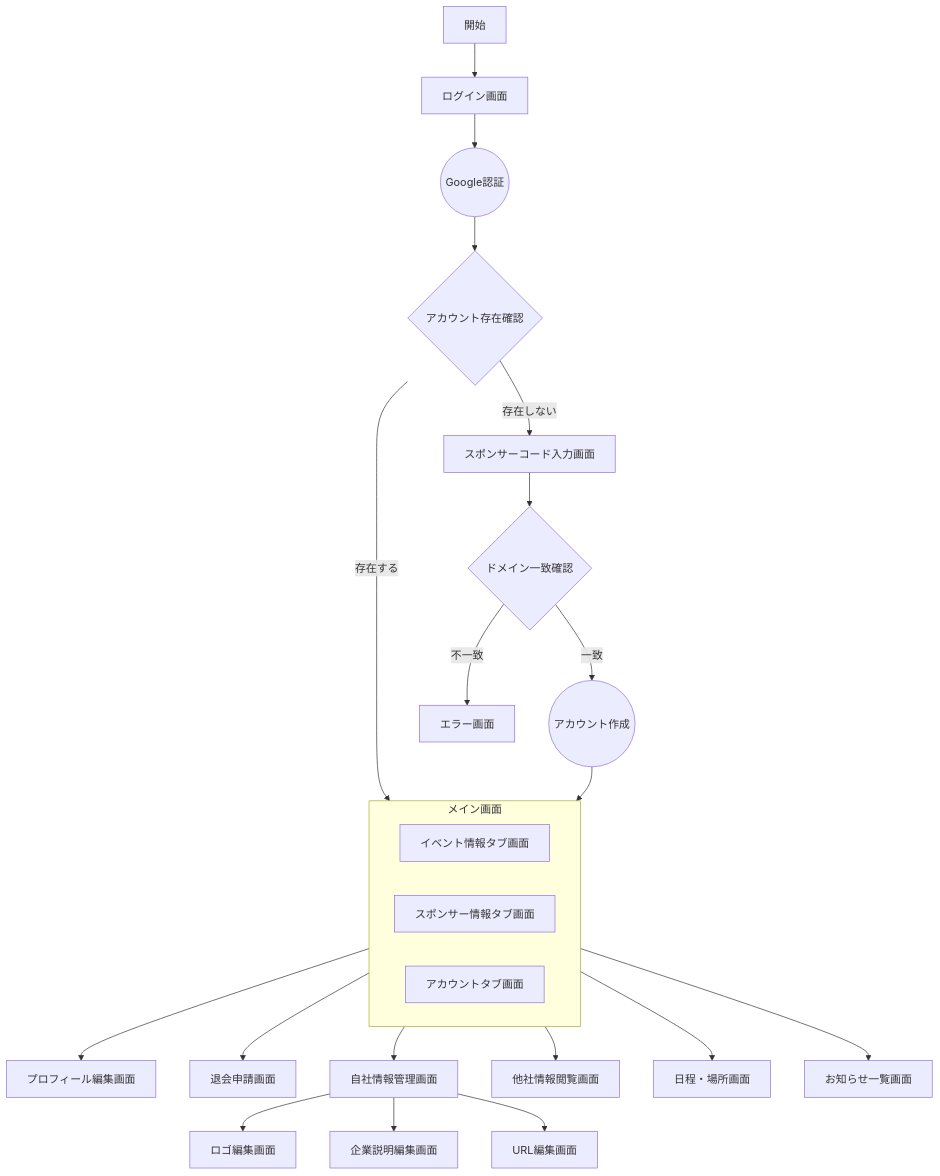
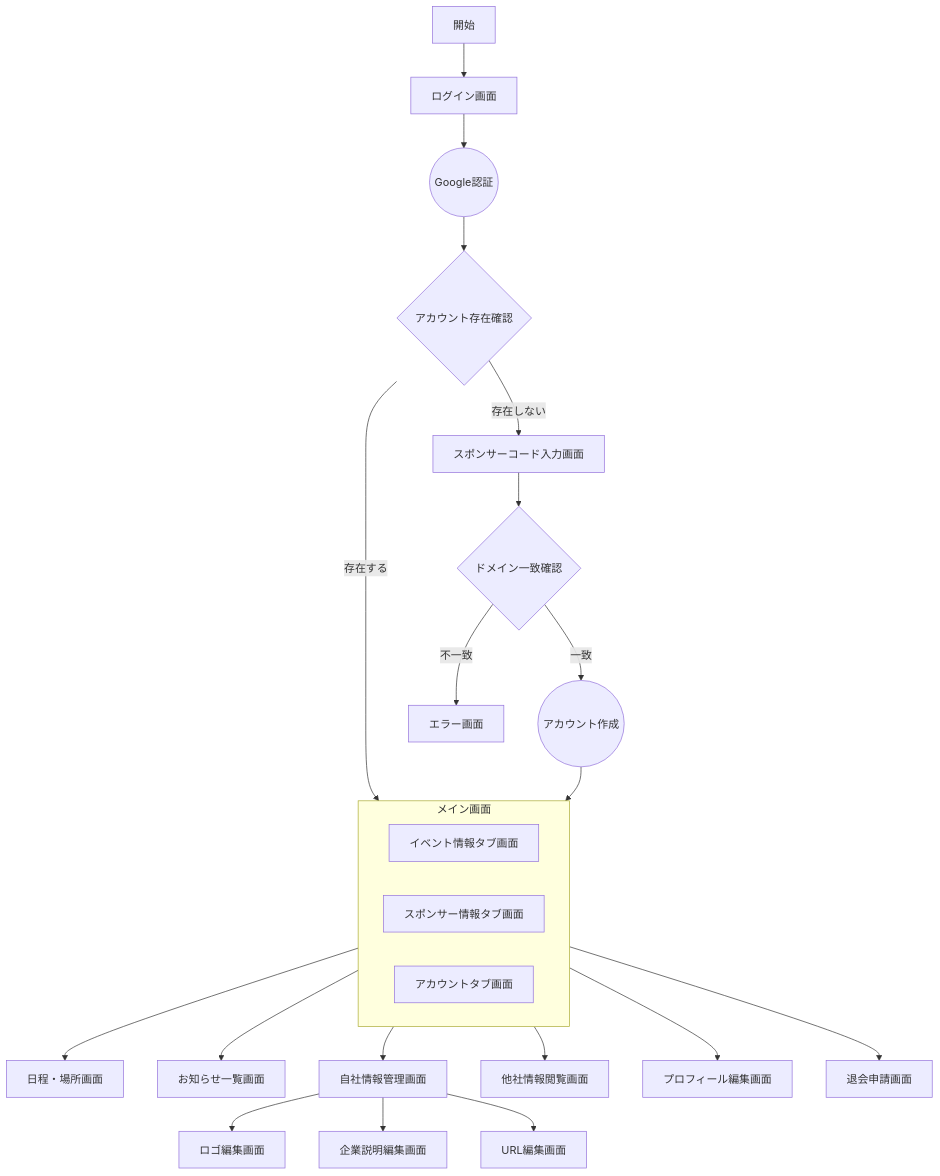
Before and after one commit to FlutterKaigi/2025: the diagram in docs/dashboard/SCREENS.md, drawn with Mermaid.

Commit message:
docs: タブ画面の順序・遷移図の整理（イベント情報タブ画面を左に配置）

````diff
--- a/docs/dashboard/SCREENS.md
+++ b/docs/dashboard/SCREENS.md
@@ -54,37 +54,37 @@
 ```mermaid
 flowchart TD
     Start[開始] --> Login[ログイン画面]
     
     %% 認証フロー
     Login --> GoogleAuth((Google認証))
     GoogleAuth --> AccountCheck{アカウント存在確認}
     AccountCheck --> |存在する| EventInfo[イベント情報タブ画面]
     AccountCheck --> |存在しない| SponsorCode[スポンサーコード入力画面]
     
     %% 新規登録フロー
     SponsorCode --> DomainCheck{ドメイン一致確認}
     DomainCheck --> |一致| CreateAccount((アカウント作成))
     DomainCheck --> |不一致| RegisterError[エラー画面]
     CreateAccount --> EventInfo
     
     %% メイン画面のタブ構成
     subgraph Main[メイン画面]
       direction LR
+      EventInfo[イベント情報タブ画面]
       SponsorInfo[スポンサー情報タブ画面]
-      EventInfo[イベント情報タブ画面]
       Account[アカウントタブ画面]
     end
-    
-    Account --> Profile[プロフィール編集画面]
-    Account --> Withdrawal[退会申請画面]
+
+    EventInfo --> Schedule[日程・場所画面]
+    EventInfo --> News[お知らせ一覧画面]
     
     SponsorInfo --> OwnInfo[自社情報管理画面]
     SponsorInfo --> OtherInfo[他社情報閲覧画面]
     
     OwnInfo --> LogoEdit[ロゴ編集画面]
     OwnInfo --> DescEdit[企業説明編集画面]
     OwnInfo --> URLEdit[URL編集画面]
     
-    EventInfo --> Schedule[日程・場所画面]
-    EventInfo --> News[お知らせ一覧画面]
+    Account --> Profile[プロフィール編集画面]
+    Account --> Withdrawal[退会申請画面]
 ```
````
